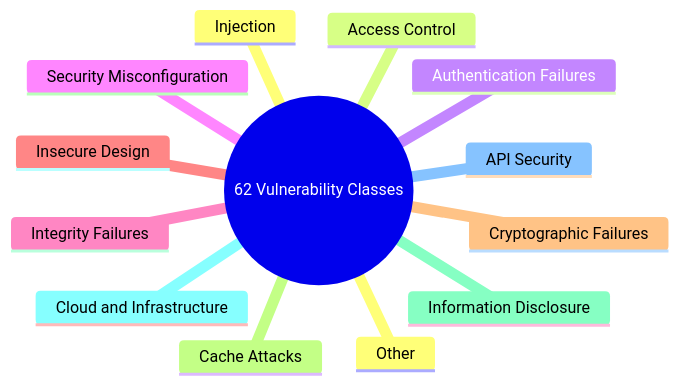
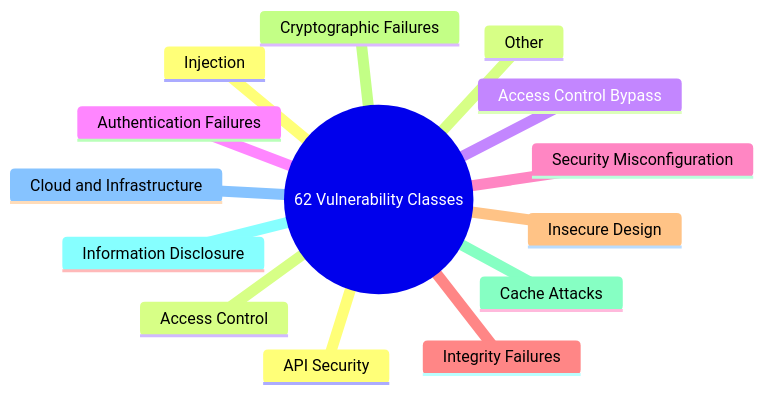
The diagram in scanners/active.md (six2dez/burp-ai-agent-docs), drawn with Mermaid before and after one commit. The commit also changed other lines of this file and 36 other files, not shown here.

````diff
--- a/scanners/active.md
+++ b/scanners/active.md
@@ -113,16 +113,17 @@
 ```mermaid
 mindmap
   root((62 Vulnerability Classes))
     Injection
     Access Control
+    Access Control Bypass
     Authentication Failures
     Security Misconfiguration
     Integrity Failures
     Insecure Design
     Cryptographic Failures
     Cache Attacks
     Information Disclosure
     Cloud and Infrastructure
     API Security
     Other
 ```
````
